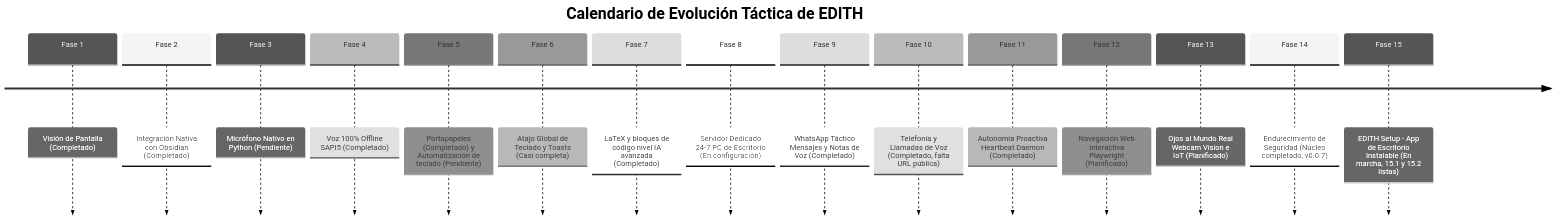
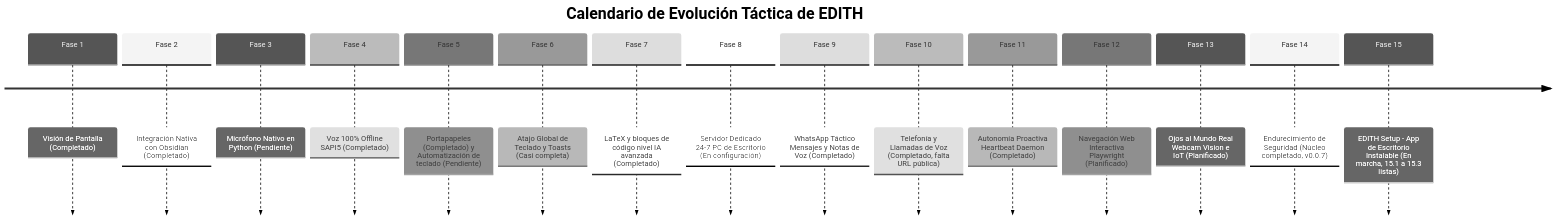
One commit to SantirokcanX/E.D.I.T.H changed the second of 2 diagrams in EDITH_p/Plan de Cambios y Evolución de EDITH.md. Above: the diagram before and after it, drawn with Mermaid (neutral theme). The commit also changed other lines of this file and 3 other files, not shown here.

````diff
--- a/EDITH_p/Plan de Cambios y Evolución de EDITH.md
+++ b/EDITH_p/Plan de Cambios y Evolución de EDITH.md
@@ -115,19 +115,19 @@
 ```mermaid
 timeline
     title Calendario de Evolución Táctica de EDITH
     Fase 1 : Visión de Pantalla (Completado)
     Fase 2 : Integración Nativa con Obsidian (Completado)
     Fase 3 : Micrófono Nativo en Python (Pendiente)
     Fase 4 : Voz 100% Offline SAPI5 (Completado)
     Fase 5 : Portapapeles (Completado) y Automatización de teclado (Pendiente)
     Fase 6 : Atajo Global de Teclado y Toasts (Casi completa)
     Fase 7 : LaTeX y bloques de código nivel IA avanzada (Completado)
     Fase 8 : Servidor Dedicado 24-7 PC de Escritorio (En configuración)
     Fase 9 : WhatsApp Táctico Mensajes y Notas de Voz (Completado)
     Fase 10 : Telefonía y Llamadas de Voz (Completado, falta URL pública)
     Fase 11 : Autonomía Proactiva Heartbeat Daemon (Completado)
     Fase 12 : Navegación Web Interactiva Playwright (Planificado)
     Fase 13 : Ojos al Mundo Real Webcam Vision e IoT (Planificado)
     Fase 14 : Endurecimiento de Seguridad (Núcleo completado, v0.0.7)
-    Fase 15 : EDITH Setup - App de Escritorio Instalable (En marcha, 15.1 y 15.2 listas)
+    Fase 15 : EDITH Setup - App de Escritorio Instalable (En marcha, 15.1 a 15.3 listas)
 ```
````
